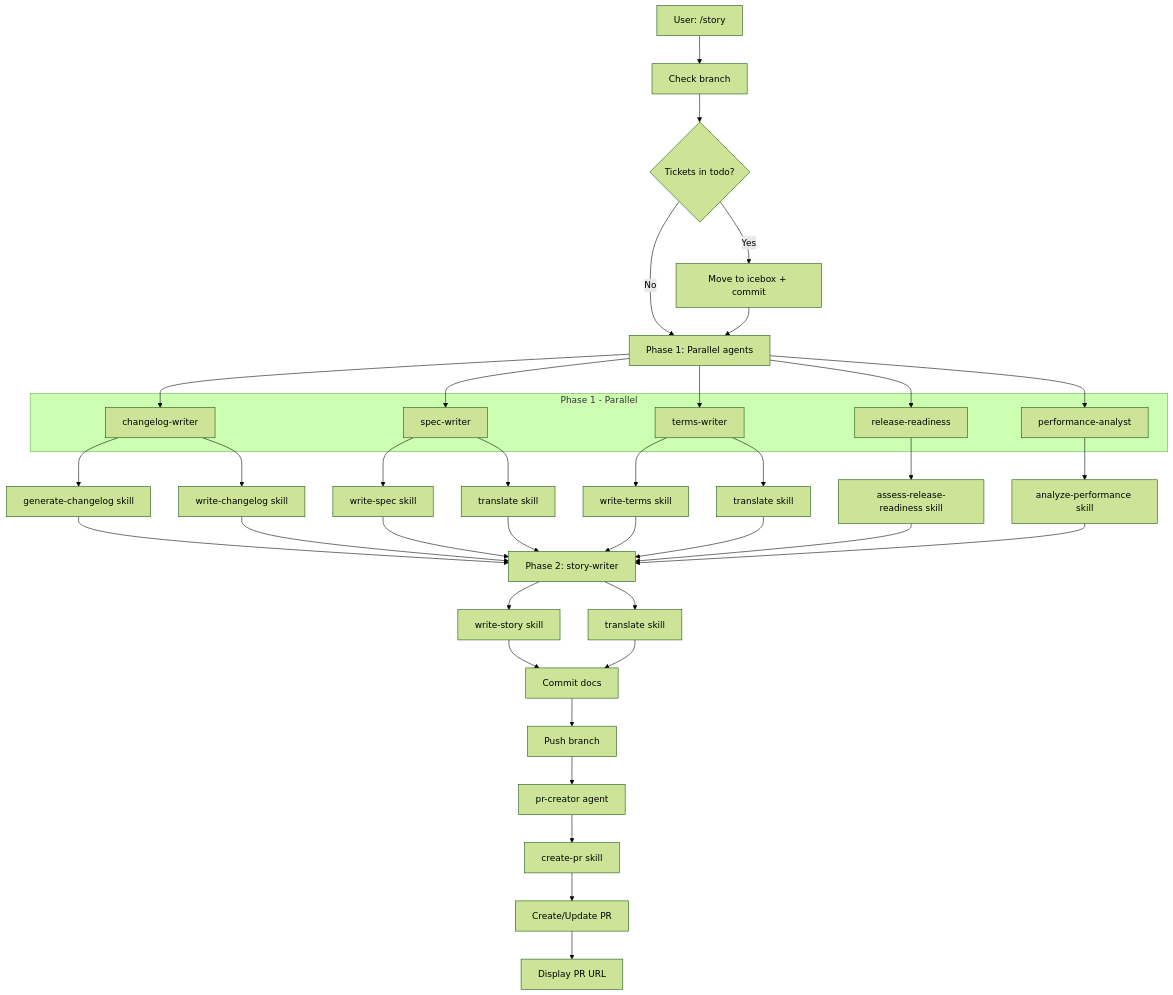
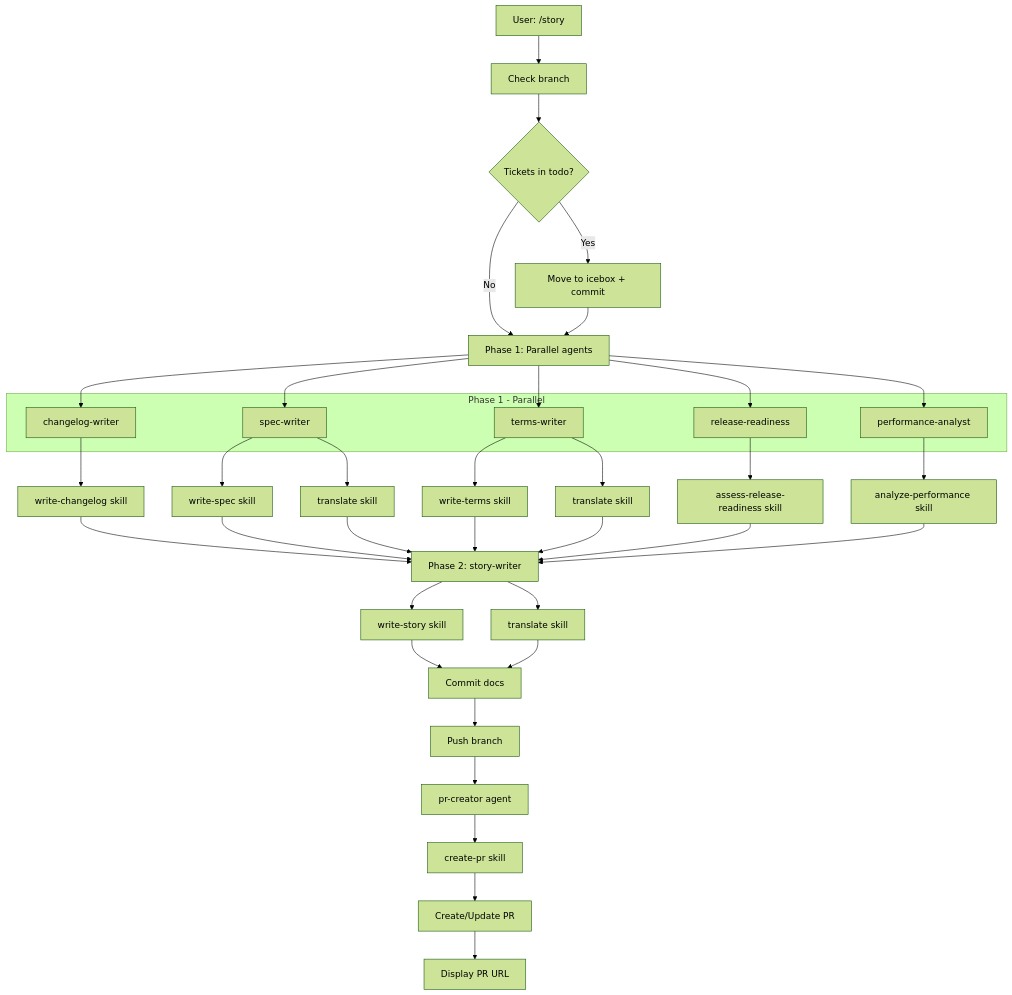
One commit to qmu/workaholic changed the third of 3 diagrams in .workaholic/specs/command-flows.md. Above: the diagram before and after it, drawn with Mermaid (forest theme). The commit also changed other lines of this file and 8 other files, not shown here.

First line of the commit message:
Merge generate-changelog into write-changelog

````diff
--- a/.workaholic/specs/command-flows.md
+++ b/.workaholic/specs/command-flows.md
@@ -115,39 +115,38 @@
 ```mermaid
 flowchart TD
     A[User: /story] --> B[Check branch]
     B --> C{Tickets in todo?}
     C -->|Yes| D[Move to icebox + commit]
     C -->|No| E[Phase 1: Parallel agents]
     D --> E
 
     subgraph Phase1[Phase 1 - Parallel]
         F[changelog-writer]
         G[spec-writer]
         H[terms-writer]
         I[release-readiness]
         PA[performance-analyst]
     end
 
     E --> F & G & H & I & PA
 
-    F --> F1[generate-changelog skill]
-    F --> F2[write-changelog skill]
+    F --> F1[write-changelog skill]
     G --> G1[write-spec skill]
     G --> G2[translate skill]
     H --> H1[write-terms skill]
     H --> H2[translate skill]
     I --> I1[assess-release-readiness skill]
     PA --> PA1[analyze-performance skill]
 
-    F1 & F2 & G1 & G2 & H1 & H2 & I1 & PA1 --> J[Phase 2: story-writer]
+    F1 & G1 & G2 & H1 & H2 & I1 & PA1 --> J[Phase 2: story-writer]
 
     J --> J1[write-story skill]
     J --> J2[translate skill]
 
     J1 & J2 --> K[Commit docs]
     K --> L[Push branch]
     L --> M[pr-creator agent]
     M --> M1[create-pr skill]
     M1 --> N[Create/Update PR]
     N --> O[Display PR URL]
 ```
````
